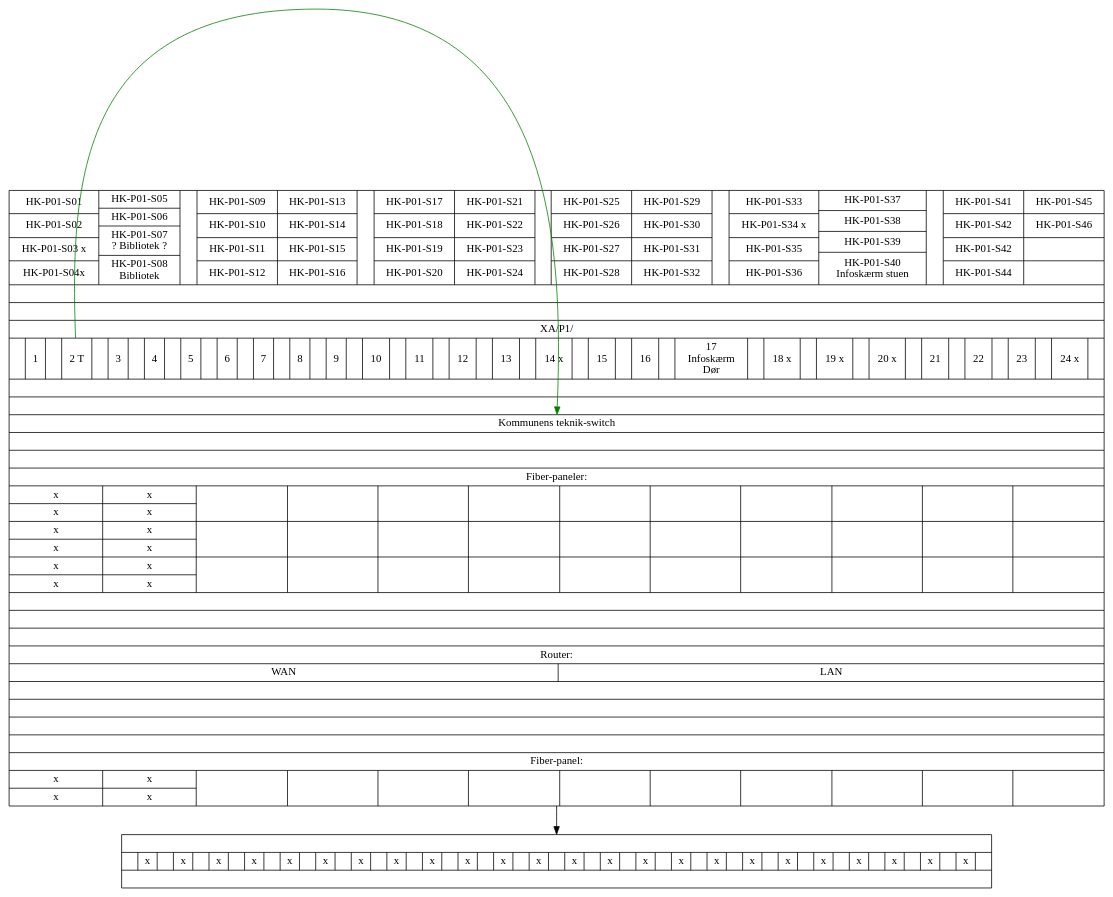
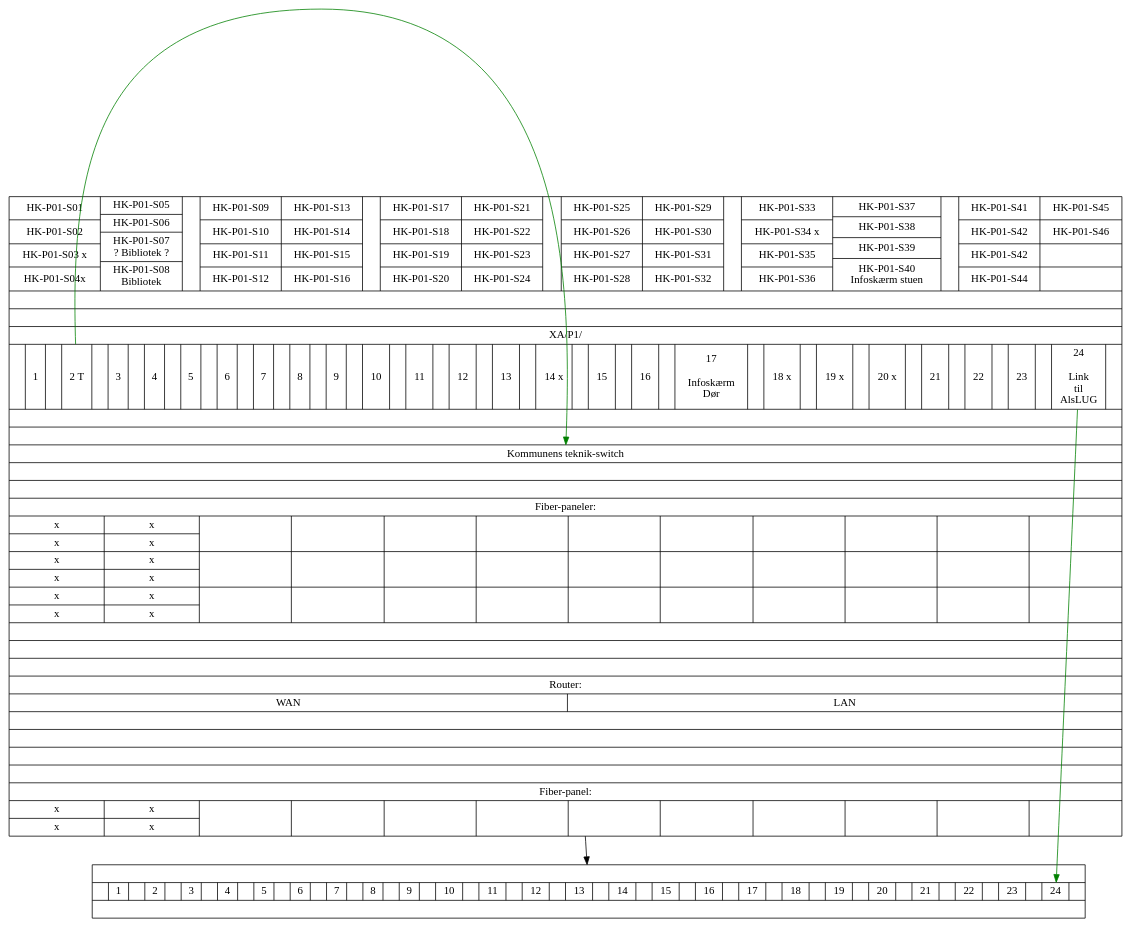
The diagram in projekter/patch-paneler.dot (alslug/alslug.dk), drawn with Graphviz before and after one commit.

```diff
--- a/projekter/patch-paneler.dot
+++ b/projekter/patch-paneler.dot
@@ -1,47 +1,48 @@
 digraph xxx {
   bib_patch [ shape=record label="{
   					{
 						{HK-P01-S01|HK-P01-S02|HK-P01-S03 x|HK-P01-S04x}|
 						{HK-P01-S05|HK-P01-S06|HK-P01-S07\n? Bibliotek ?|HK-P01-S08\nBibliotek}||
 						
 						{HK-P01-S09|HK-P01-S10|HK-P01-S11|HK-P01-S12}|
 						{HK-P01-S13|HK-P01-S14|HK-P01-S15|HK-P01-S16}||
 						
 						{HK-P01-S17|HK-P01-S18|HK-P01-S19|HK-P01-S20}|
 						{HK-P01-S21|HK-P01-S22|HK-P01-S23|HK-P01-S24}||
 						
 						{HK-P01-S25|HK-P01-S26|HK-P01-S27|HK-P01-S28}|
 						{HK-P01-S29|HK-P01-S30|HK-P01-S31|HK-P01-S32}||
 						
 						{HK-P01-S33|HK-P01-S34 x|HK-P01-S35|HK-P01-S36}|
 						{HK-P01-S37|HK-P01-S38|HK-P01-S39|HK-P01-S40\nInfoskærm stuen}||
 						
 						{HK-P01-S41|HK-P01-S42|HK-P01-S42|HK-P01-S44}|
 						{HK-P01-S45|HK-P01-S46||}
 					}
 					|||XA/P1/|
-					{|1||<xa_p1_2> 2 T||3||4||5||6||7||8||9||10||11||12||13||14 x||15||16||17\nInfoskærm\nDør||18 x||19 x||20 x||21||22||23||24 x|}
+					{|1||<xa_p1_2> 2 T||3||4||5||6||7||8||9||10||11||12||13||14 x||15||16||17\n\nInfoskærm\nDør||18 x||19 x||20 x||21||22||23||<xa_p1_24> 24\n\nLink\ntil\nAlsLUG|}
 					|||
 					<kom_switch>Kommunens teknik-switch
 					|||
 					Fiber-paneler:
 					|
 					{{x|x}|{x|x}||||||||||}
 					|
 					{{x|x}|{x|x}||||||||||}
 					|
 					{{x|x}|{x|x}||||||||||}
 					||||
 					Router:|
 					{WAN|LAN}|
 					{}
 					||||
 					Fiber-panel:|
 					{{x|x}|{x|x}||||||||||}
 				   }" ];
   alslug_patch [ shape=record label="{
-					|{ |x| |x| |x| |x| |x| |x| |x| |x| |x| |x| |x| |x| |x| |x| |x| |x| |x| |x| |x| |x| |x| |x| |x| |x| }|
+					|{ |1| |2| |3| |4| |5| |6| |7| |8| |9| |10| |11| |12| |13| |14| |15| |16| |17| |18| |19| |20| |21| |22| |23| |<24> 24| }|
                                       }" ];
   bib_patch -> alslug_patch;
   bib_patch:xa_p1_2 -> bib_patch:kom_switch [ color=green ];
+  bib_patch:xa_p1_24 -> alslug_patch:24 [ color=green ];
 }
```
